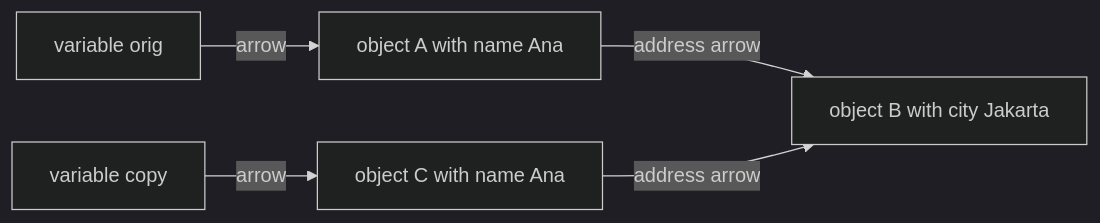
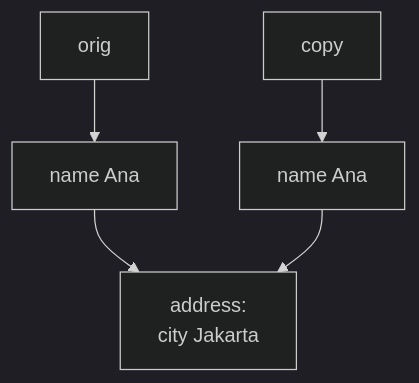
Before and after one commit to starjustice/research-material: the second of 2 diagrams in learn/javascript/10-destructuring-spread-and-rest.md, drawn with Mermaid (dark theme). The commit also changed other lines of this file, not shown here.

````diff
--- a/learn/javascript/10-destructuring-spread-and-rest.md
+++ b/learn/javascript/10-destructuring-spread-and-rest.md
@@ -84,7 +117,7 @@
 ```mermaid
-graph LR
-    O["variable orig"] -->|arrow| A["object A with name Ana"]
-    K["variable copy"] -->|arrow| C["object C with name Ana"]
-    A -->|address arrow| B["object B with city Jakarta"]
-    C -->|address arrow| B
+graph TB
+    O["orig"] --> A["name Ana"]
+    K["copy"] --> C["name Ana"]
+    A --> B["address:<br/>city Jakarta"]
+    C --> B
 ```
````
